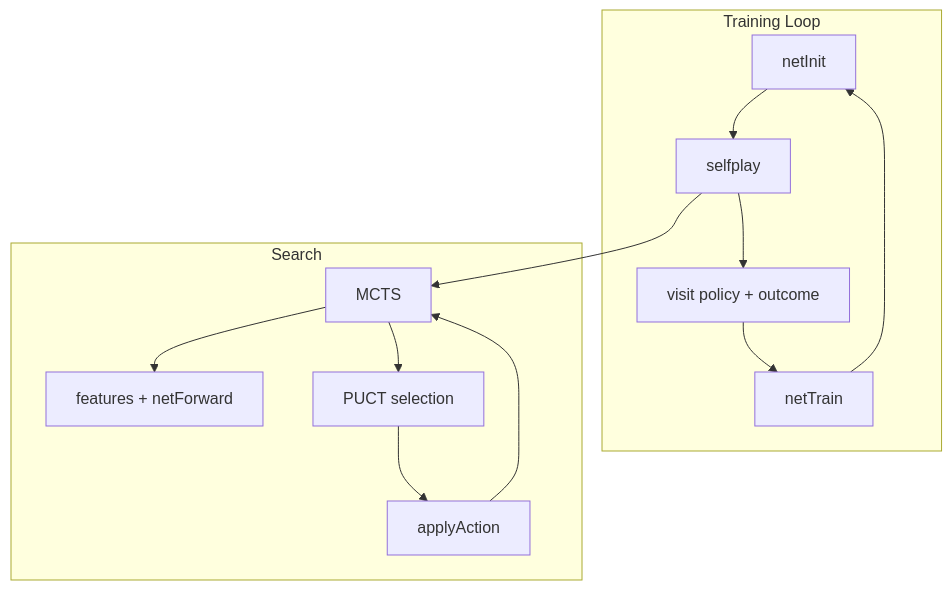
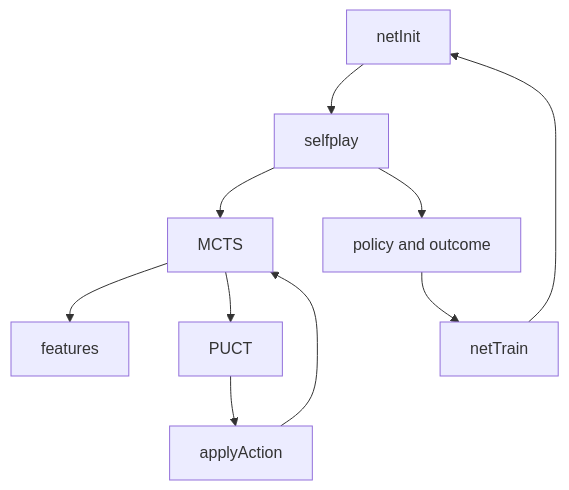
The second of 2 diagrams in README.md (AHMADALIPARR/sea_hunter_research), drawn with Mermaid before and after one commit. The commit also changed other lines of this file, not shown here.

Commit message:
Rewrite diagrams with simplest GitHub-compatible mermaid syntax

````diff
--- a/README.md
+++ b/README.md
@@ -141,24 +129,12 @@
 ```mermaid
-flowchart TB
-    subgraph Training Loop
-        init[netInit]
-        selfplay[selfplay]
-        targets[visit policy + outcome]
-        train[netTrain]
-    end
-    subgraph Search
-        mcts[MCTS]
-        forward[features + netForward]
-        puct[PUCT selection]
-        apply[applyAction]
-    end
-    init --> selfplay
-    selfplay --> mcts
-    mcts --> forward
-    mcts --> puct
-    puct --> apply
-    apply --> mcts
-    selfplay --> targets
-    targets --> train
-    train --> init
+graph TD
+    A[netInit] --> B[selfplay]
+    B --> C[MCTS]
+    C --> D[features]
+    C --> E[PUCT]
+    E --> F[applyAction]
+    F --> C
+    B --> G[policy and outcome]
+    G --> H[netTrain]
+    H --> A
 ```
````
